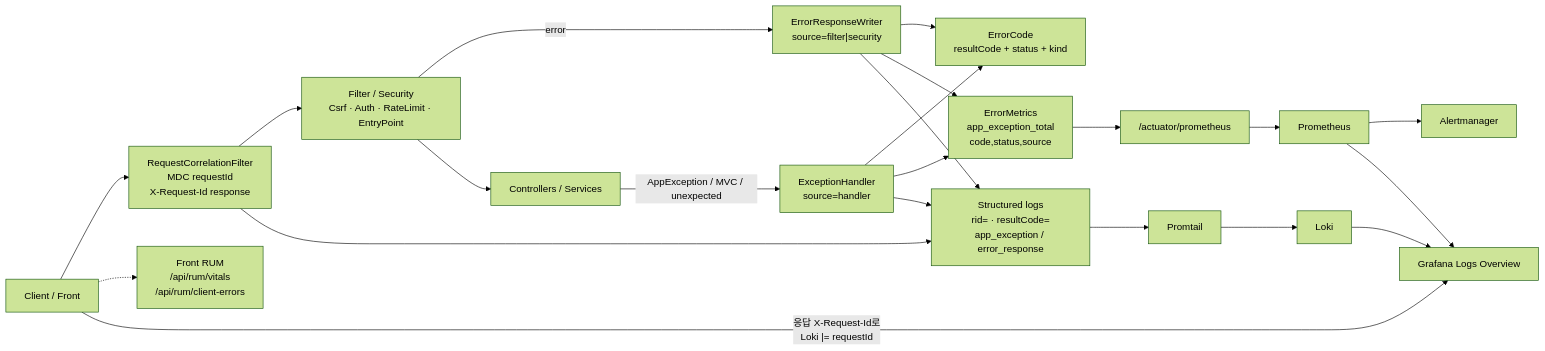
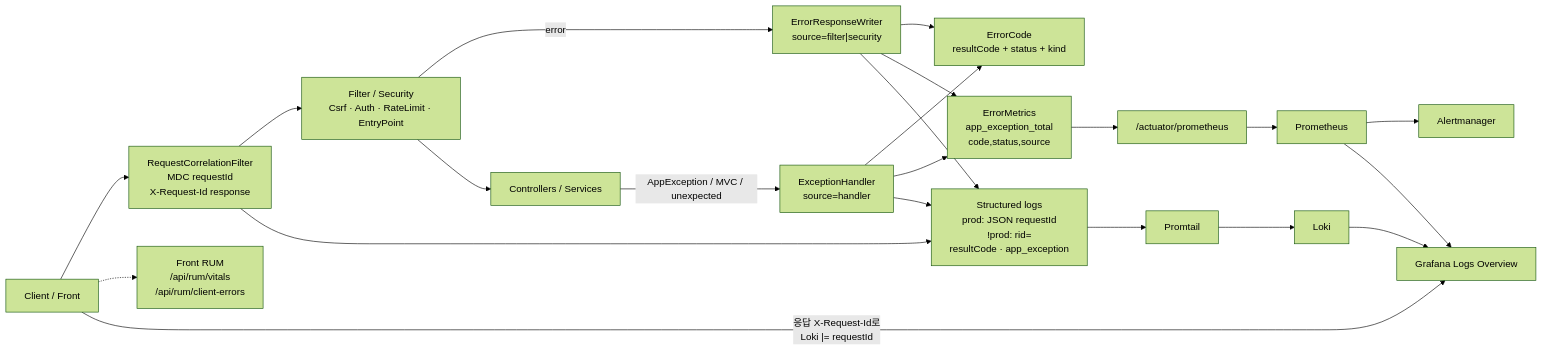
One commit to AquilaXk/aquila-blog changed the diagram in docs/design/observability-operations.md. Above: the diagram before and after it, drawn with Mermaid (forest theme). The commit also changed other lines of this file, not shown here.

Commit message:
docs(observability): runbook cloud-media·prod requestId·500 alert 정합

````diff
--- a/docs/design/observability-operations.md
+++ b/docs/design/observability-operations.md
@@ -274,37 +307,37 @@
 ```mermaid
 flowchart LR
   Client[Client / Front]
   RUM["Front RUM\n/api/rum/vitals\n/api/rum/client-errors"]
   RCF["RequestCorrelationFilter\nMDC requestId\nX-Request-Id response"]
   Filters["Filter / Security\nCsrf · Auth · RateLimit · EntryPoint"]
   ERW["ErrorResponseWriter\nsource=filter|security"]
   Ctrl[Controllers / Services]
   EH["ExceptionHandler\nsource=handler"]
   EC["ErrorCode\nresultCode + status + kind"]
   EM["ErrorMetrics\napp_exception_total\ncode,status,source"]
-  Logs["Structured logs\nrid= · resultCode=\napp_exception / error_response"]
+  Logs["Structured logs\nprod: JSON requestId\n!prod: rid=\nresultCode · app_exception"]
   Promtail[Promtail]
   Loki[Loki]
   Act["/actuator/prometheus"]
   Prom[Prometheus]
   AM[Alertmanager]
   Graf[Grafana Logs Overview]
 
   Client --> RCF
   Client -.-> RUM
   RCF --> Filters
   Filters -->|error| ERW
   Filters --> Ctrl
   Ctrl -->|AppException / MVC / unexpected| EH
   ERW --> EC
   EH --> EC
   ERW --> EM
   EH --> EM
   ERW --> Logs
   EH --> Logs
   RCF --> Logs
   Logs --> Promtail --> Loki --> Graf
   EM --> Act --> Prom --> AM
   Prom --> Graf
   Client -->|"응답 X-Request-Id로\nLoki |= requestId"| Graf
 ```
````
